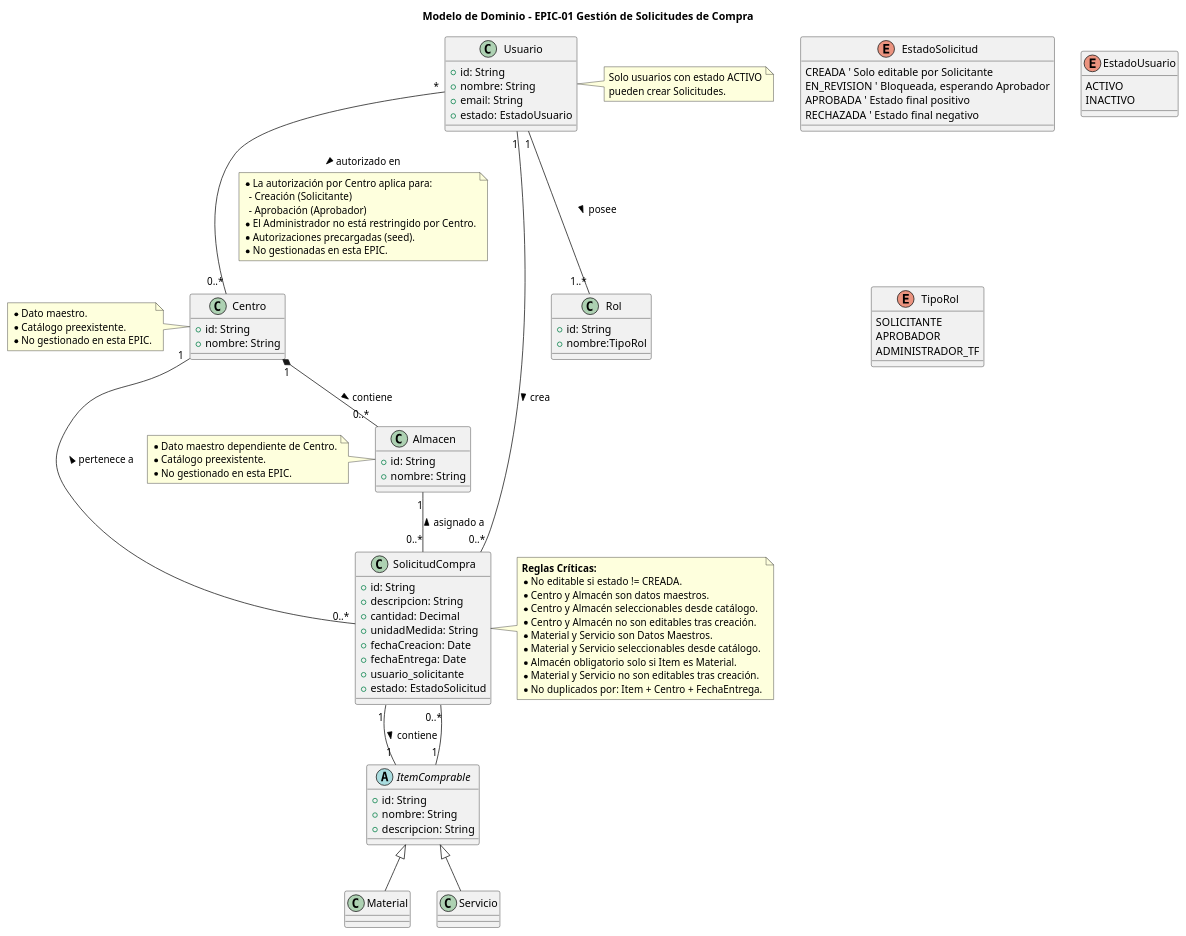
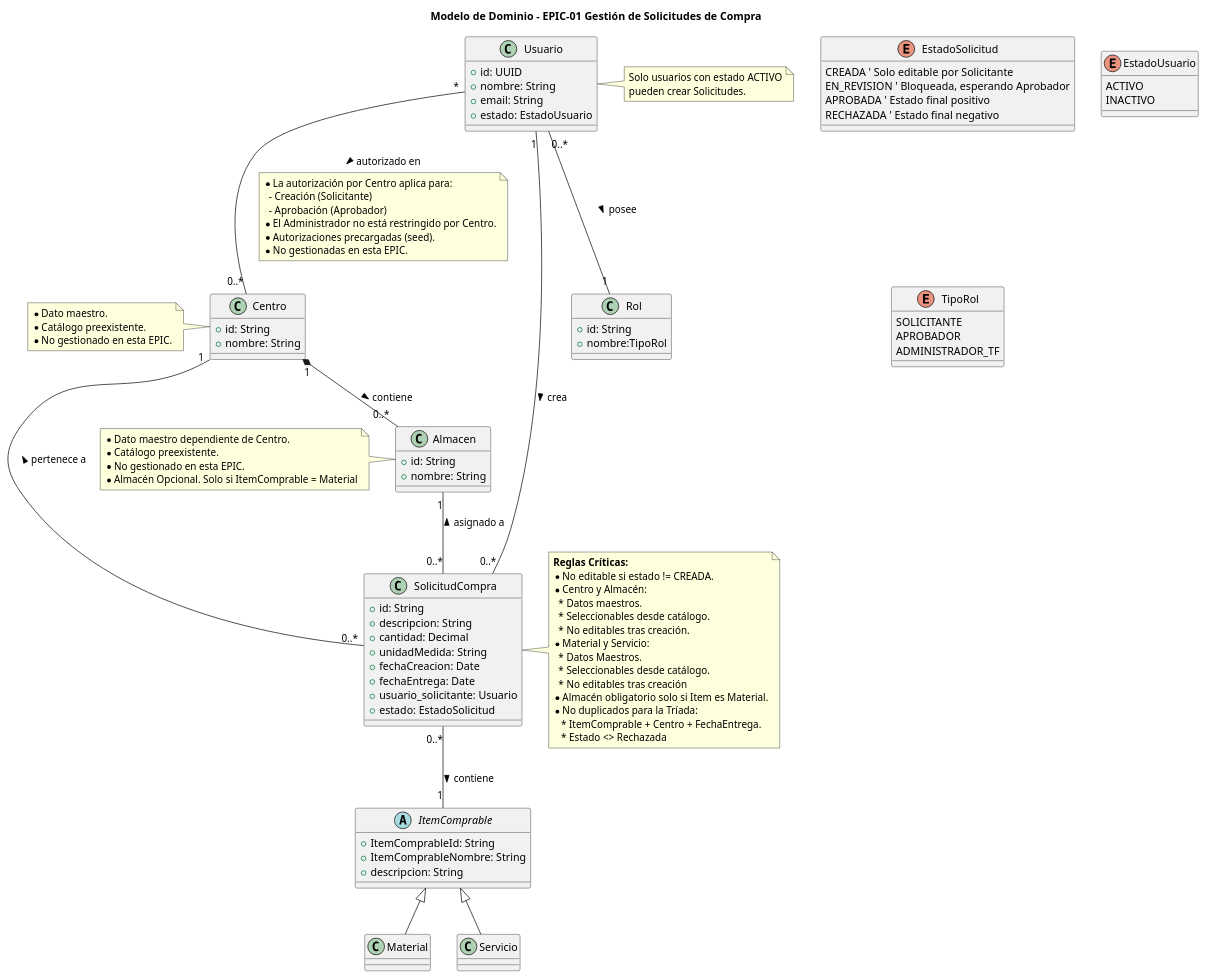
One commit to Eileen0205/mvp-sap-mm-next changed the diagram in qa-portfolio/MODELO-DOMINIO/Modelo_Dominio_UML_EPIC_01.puml. Above: the diagram before and after it, drawn with PlantUML. The commit also changed 18 other files, not shown here.

```diff
--- a/qa-portfolio/MODELO-DOMINIO/Modelo_Dominio_UML_EPIC_01.puml
+++ b/qa-portfolio/MODELO-DOMINIO/Modelo_Dominio_UML_EPIC_01.puml
@@ -1,154 +1,158 @@
 @startuml
 title Modelo de Dominio - EPIC-01 Gestión de Solicitudes de Compra
 
 ' =========================
 ' ENUMERACIONES
 ' =========================
 
 enum EstadoSolicitud {
   CREADA ' Solo editable por Solicitante
   EN_REVISION ' Bloqueada, esperando Aprobador
   APROBADA ' Estado final positivo
   RECHAZADA ' Estado final negativo
 }
 
 enum EstadoUsuario {
   ACTIVO
   INACTIVO
 }
 
 enum TipoRol {
   SOLICITANTE
   APROBADOR
   ADMINISTRADOR_TF
 }
 
 ' =========================
 ' ENTIDADES
 ' =========================
 
 class SolicitudCompra {
   +id: String
   +descripcion: String
   +cantidad: Decimal
   +unidadMedida: String
   +fechaCreacion: Date
   +fechaEntrega: Date
-  +usuario_solicitante
+  +usuario_solicitante: Usuario
   +estado: EstadoSolicitud
 }
 
 class Usuario {
-  +id: String
+  +id: UUID
   +nombre: String
   +email: String
   +estado: EstadoUsuario
 }
 
 abstract class ItemComprable {
-  +id: String
-  +nombre: String
+  +ItemComprableId: String
+  +ItemComprableNombre: String
   +descripcion: String
 }
 
 class Material {
   ' Hereda id y descripcion
   ' Dato Maestro: Seleccionable desde catálogo
 }
 
 class Servicio {
   ' Hereda id y descripcion
   ' Dato Maestro: Seleccionable desde catálogo
 }
 
 class Rol {
   +id: String
   +nombre:TipoRol
 }
 
 class Centro {
   +id: String
   +nombre: String
    ' Dato Maestro: Seleccionable desde catálogo, obligatorio en SolicitudCompra
 }
 
 class Almacen {
   +id: String
   +nombre: String
   ' Dato Maestro: Seleccionable desde catálogo, obligatorio solo si el Item es Material
 }
 
 ' =========================
 ' RELACIONES Y JERARQUÍA
 ' =========================
 
 ' Herencia para relación exclusiva Material/Servicio
 ItemComprable <|-- Material
 ItemComprable <|-- Servicio
 
 ' 1. Una Solicitud se asocia a un Material o Servicio
-SolicitudCompra "1" -- "1" ItemComprable : contiene >
-
-ItemComprable "1" -- "0..*" SolicitudCompra
+SolicitudCompra "0..*" -- "1" ItemComprable : contiene >
 
 ' 2. Relación Usuario - Solicitud
 Usuario "1" -- "0..*" SolicitudCompra : crea >
 
-' 3. Relación Usuario - Rol (Muchos a Muchos)
-Usuario "1" -- "1..*" Rol : posee >
+' 3. Relación Usuario - Rol (1 a 1)
+Usuario "0..*" -- "1" Rol : posee >
 
 ' 4. Relación Usuario - Centro
 Usuario "*" -- "0..*" Centro : autorizado en >
+
 note on link
   * La autorización por Centro aplica para:
     - Creación (Solicitante)
     - Aprobación (Aprobador)
   * El Administrador no está restringido por Centro.
   * Autorizaciones precargadas (seed).
   * No gestionadas en esta EPIC.
 end note
 
 ' 5. Relación Centro - Solicitud
 Centro "1" -- "0..*" SolicitudCompra : pertenece a <
 note left of Centro
   * Dato maestro.
   * Catálogo preexistente.
   * No gestionado en esta EPIC.
 end note
 
 ' 6. Relación Centro - Almacén
 Centro "1" *-- "0..*" Almacen : contiene >
 
 ' 7. Relación Solicitud - Almacén (Opcional según tipo)
 Almacen "1" -- "0..*" SolicitudCompra : asignado a <
 
 note left of Almacen
   * Dato maestro dependiente de Centro.
   * Catálogo preexistente.
   * No gestionado en esta EPIC.
+  * Almacén Opcional. Solo si ItemComprable = Material
 end note
 
 ' =========================
 ' NOTAS DE REGLAS DE NEGOCIO
 ' =========================
 
 note right of SolicitudCompra
   **Reglas Críticas:**
   * No editable si estado != CREADA.
-  * Centro y Almacén son datos maestros.
-  * Centro y Almacén seleccionables desde catálogo.
-  * Centro y Almacén no son editables tras creación.
-  * Material y Servicio son Datos Maestros.
-  * Material y Servicio seleccionables desde catálogo.
+  * Centro y Almacén:
+    * Datos maestros.
+    * Seleccionables desde catálogo.
+    * No editables tras creación.
+  * Material y Servicio:
+    * Datos Maestros.
+    * Seleccionables desde catálogo.
+    * No editables tras creación
   * Almacén obligatorio solo si Item es Material.
-  * Material y Servicio no son editables tras creación. 
-  * No duplicados por: Item + Centro + FechaEntrega.
+  * No duplicados para la Tríada: 
+     * ItemComprable + Centro + FechaEntrega.
+     * Estado <> Rechazada
 end note
 
 note right of Usuario
   Solo usuarios con estado ACTIVO
   pueden crear Solicitudes.
 end note
 
 
 @enduml
```
